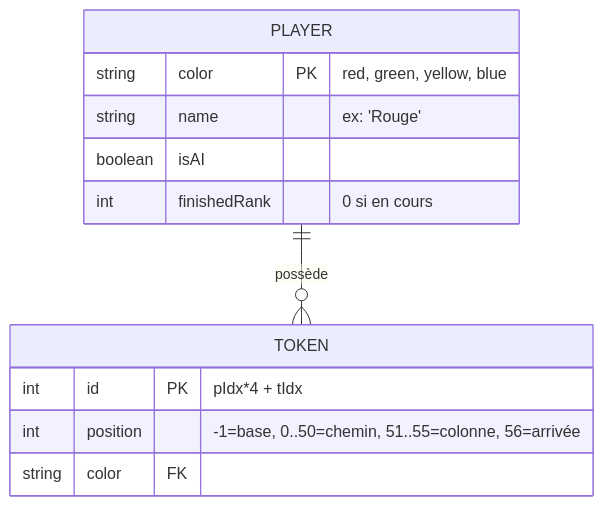
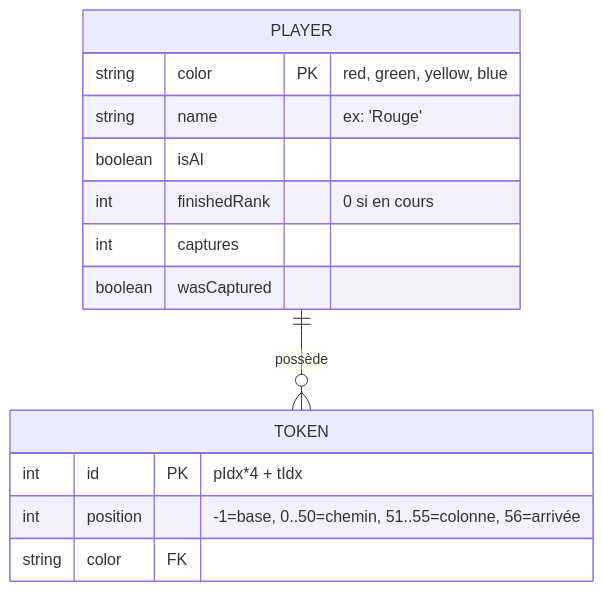
Before and after one commit to Vasquez242/ludo: the sixth of 9 diagrams in CONTEXTE.md, drawn with Mermaid. The commit also changed other lines of this file and 1 other file, not shown here.

````diff
--- a/CONTEXTE.md
+++ b/CONTEXTE.md
@@ -699,15 +841,17 @@
 ```mermaid
 erDiagram
   PLAYER ||--o{ TOKEN : possède
   PLAYER {
     string color PK "red, green, yellow, blue"
     string name "ex: 'Rouge'"
     boolean isAI
     int finishedRank "0 si en cours"
+    int captures
+    boolean wasCaptured
   }
   TOKEN {
     int id PK "pIdx*4 + tIdx"
     int position "-1=base, 0..50=chemin, 51..55=colonne, 56=arrivée"
     string color FK
   }
 ```
````
